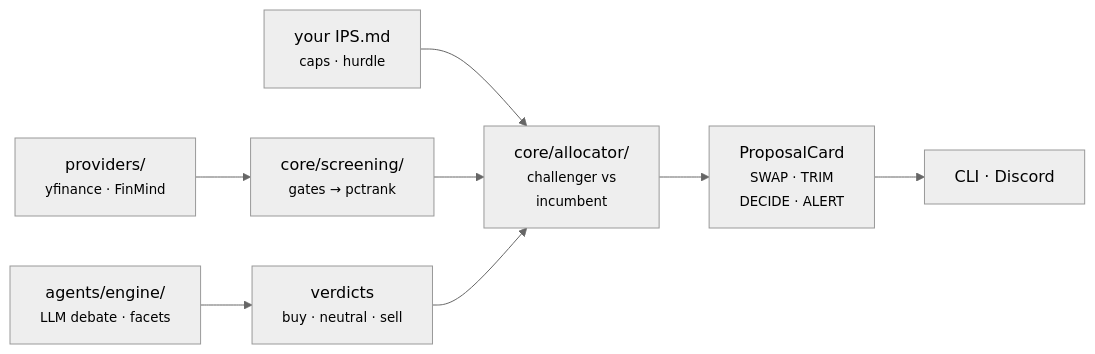
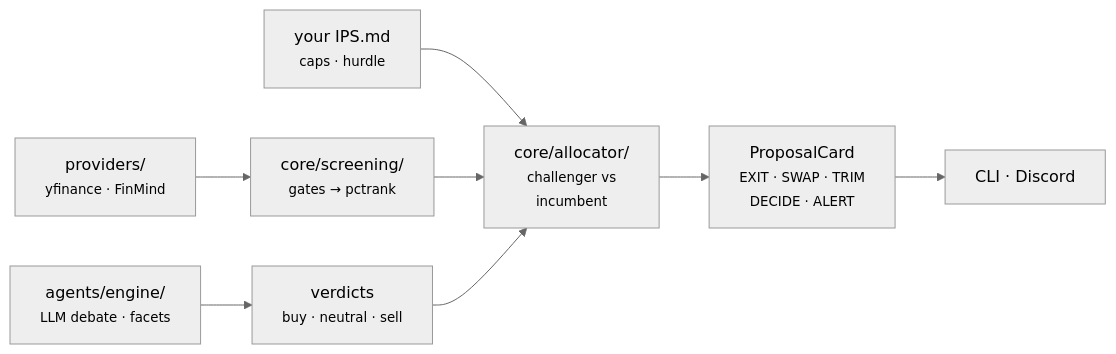
Before and after one commit to HaoweiChan/kuroshio: the diagram in README.md, drawn with Mermaid (neutral theme). The commit also changed other lines of this file and 9 other files, not shown here.

````diff
--- a/README.md
+++ b/README.md
@@ -195,10 +198,10 @@
 ```mermaid
 flowchart LR
     P["providers/<br/><small>yfinance · FinMind</small>"] --> S["core/screening/<br/><small>gates → pctrank</small>"]
     A["agents/engine/<br/><small>LLM debate · facets</small>"] --> V["verdicts<br/><small>buy · neutral · sell</small>"]
     I["your IPS.md<br/><small>caps · hurdle</small>"] --> AL
     S --> AL["core/allocator/<br/><small>challenger vs<br/>incumbent</small>"]
     V --> AL
-    AL --> C["ProposalCard<br/><small>SWAP · TRIM<br/>DECIDE · ALERT</small>"]
+    AL --> C["ProposalCard<br/><small>EXIT · SWAP · TRIM<br/>DECIDE · ALERT</small>"]
     C --> O["CLI · Discord"]
 ```
````
